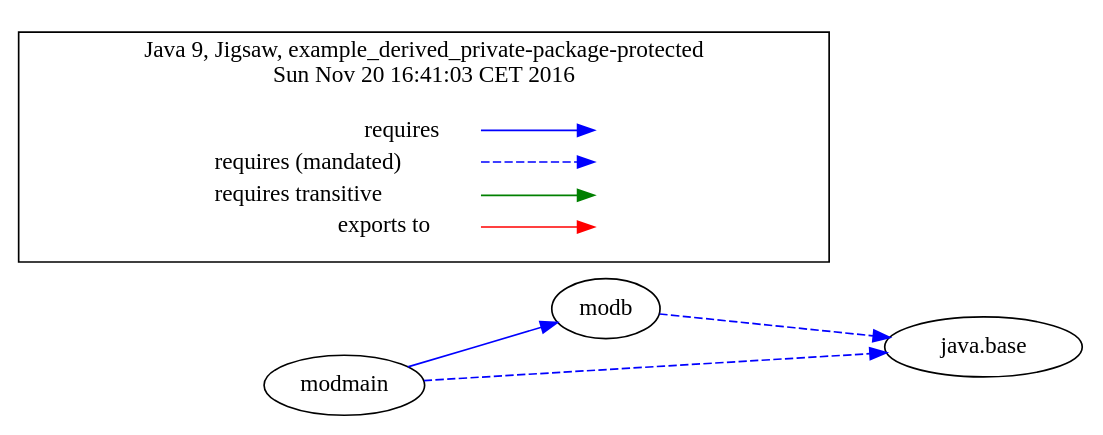
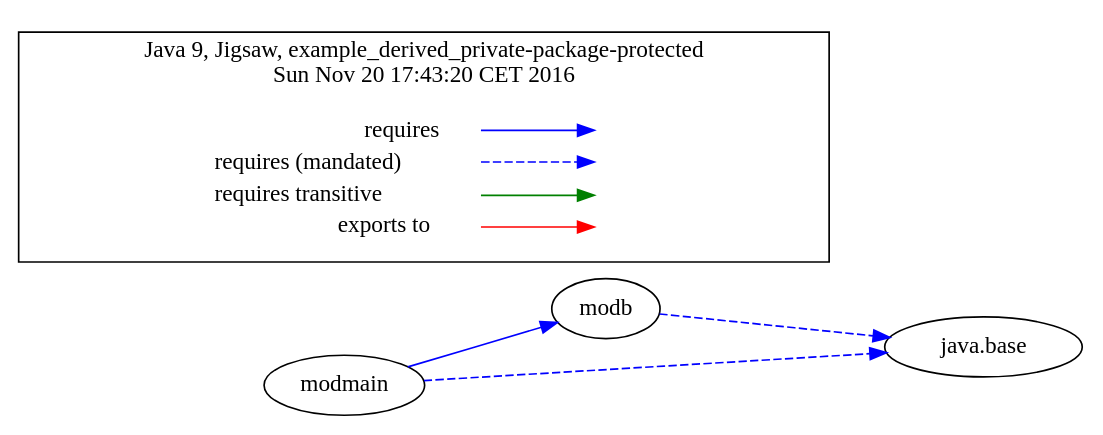
The diagram in jigsaw-examples/example_derived_private-package-protected/moduledependencies-withlegend.dot (accso/java9-jigsaw-examples), drawn with Graphviz before and after one commit. The commit also changed 84 other files, not shown here.

```diff
--- a/jigsaw-examples/example_derived_private-package-protected/moduledependencies-withlegend.dot
+++ b/jigsaw-examples/example_derived_private-package-protected/moduledependencies-withlegend.dot
@@ -1,32 +1,32 @@
-# Created by depvis.JigsawDepVisualizer on Sun Nov 20 16:41:03 CET 2016
+# Created by depvis.JigsawDepVisualizer on Sun Nov 20 17:43:20 CET 2016
 digraph Java9_Dependency_Visualizer {
 modb[fontname="Consolas",shape="ellipse",label="modb"];
 java_base[fontname="Consolas",shape="ellipse",label="java.base"];
 modmain[fontname="Consolas",shape="ellipse",label="modmain"];
 modb -> java_base[color="#0000ff",fontname="Consolas",fontcolor="#0000ff",style="dashed",weight="16"]
 modmain -> modb[color="#0000ff",fontname="Consolas",fontcolor="#0000ff",weight="8"]
 modmain -> java_base[color="#0000ff",fontname="Consolas",fontcolor="#0000ff",style="dashed",weight="16"]
 rankdir=LR
 node [shape=plaintext]
 subgraph cluster_01 { 
   label = "Java 9, Jigsaw, example_derived_private-package-protected
-Sun Nov 20 16:41:03 CET 2016"
+Sun Nov 20 17:43:20 CET 2016"
   fontname="Consolas"
   key [label=<<table border="0" cellpadding="2" cellspacing="0" cellborder="0">
     <tr><td align="right" port="i1">requires</td></tr>
     <tr><td align="right" port="i2">requires (mandated)</td></tr>
     <tr><td align="right" port="i3">requires transitive</td></tr>
     <tr><td align="right" port="i4">exports to</td></tr>
     </table>>,fontname="Consolas"]
   key2 [label=<<table border="0" cellpadding="2" cellspacing="0" cellborder="0">
     <tr><td port="i1">&nbsp;</td></tr>
     <tr><td port="i2">&nbsp;</td></tr>
     <tr><td port="i3">&nbsp;</td></tr>
     <tr><td port="i4">&nbsp;</td></tr>
     </table>>,fontname="Consolas"]
   key:i1:e -> key2:i1:w [color=BLUE]
   key:i2:e -> key2:i2:w [color=BLUE, style=dashed]
   key:i3:e -> key2:i3:w [color=GREEN]
   key:i4:e -> key2:i4:w [color=RED]
 }
 }
```
